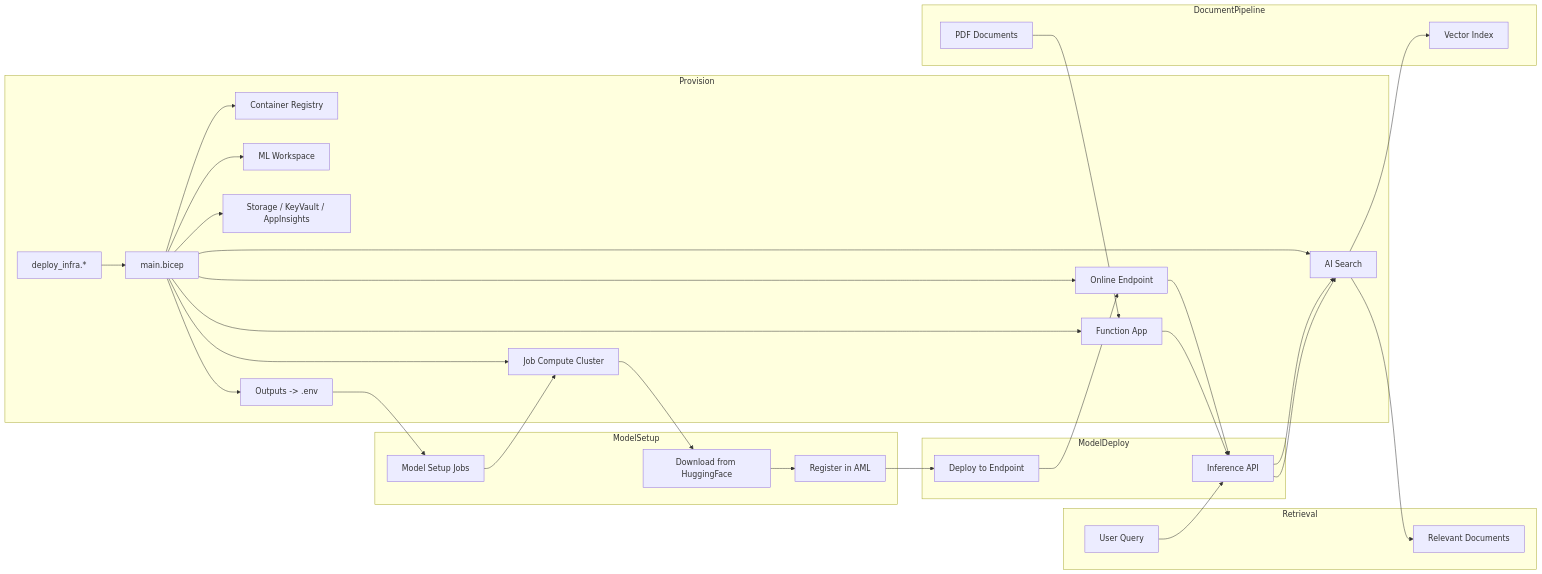
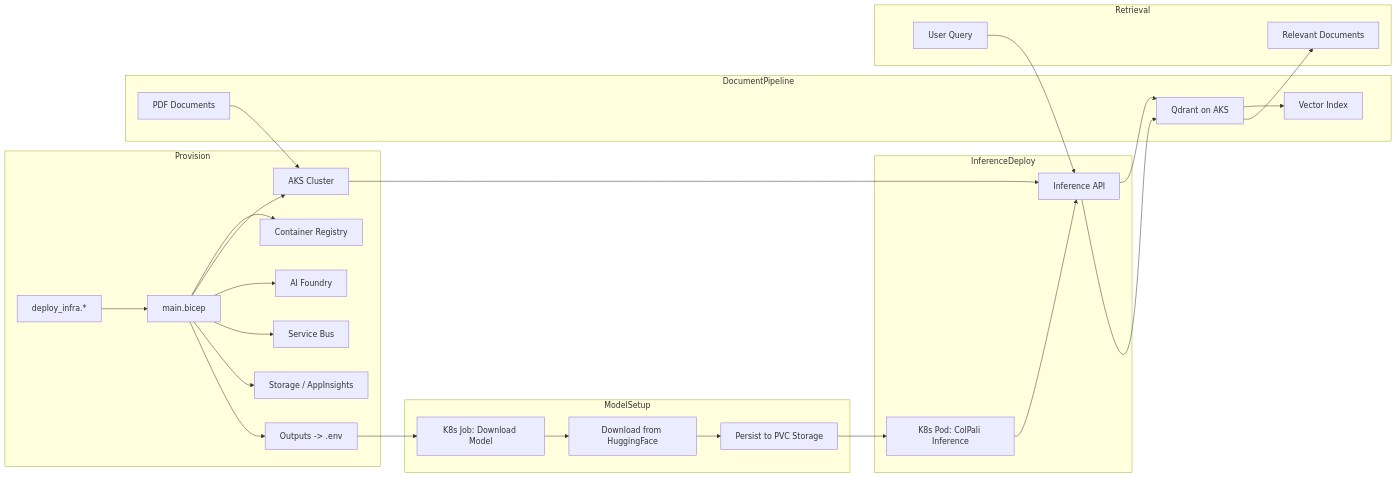
One commit to microsoft/multi-modal-rag-with-colpali changed the diagram in infra/README.md. Above: the diagram before and after it, drawn with Mermaid. The commit also changed other lines of this file and 83 other files, not shown here.

First line of the commit message:
Move hosting of QDRANT and Doc Processor to AKS (#21)

````diff
--- a/infra/README.md
+++ b/infra/README.md
@@ -5,36 +5,32 @@
 ```mermaid
 flowchart LR
 	subgraph Provision
 		A[deploy_infra.*] --> M[main.bicep]
 		M --> ACR[Container Registry]
-		M --> AML[ML Workspace]
-		M --> JOB[Job Compute Cluster]
-		M --> EP[Online Endpoint]
-		M --> FUNC[Function App]
-		M --> SEARCH[AI Search]
-		M --> SUP[Storage / KeyVault / AppInsights]
+		M --> AKS[AKS Cluster]
+		M --> AI[AI Foundry]
+		M --> SB[Service Bus]
+		M --> SUP[Storage / AppInsights]
 		M --> OUT[Outputs -> .env]
 	end
 	subgraph ModelSetup
-		OUT --> SETUP[Model Setup Jobs]
-		SETUP --> JOB
-		JOB --> HF[Download from HuggingFace]
-		HF --> REG[Register in AML]
+		OUT --> K8SJOB[K8s Job: Download Model]
+		K8SJOB --> HF[Download from HuggingFace]
+		HF --> VOL[Persist to PVC Storage]
 	end
-	subgraph ModelDeploy
-		REG --> DEPLOY[Deploy to Endpoint]
-		DEPLOY --> EP
-		EP --> EMB[Inference API]
+	subgraph InferenceDeploy
+		VOL --> K8SPOD[K8s Pod: ColPali Inference]
+		K8SPOD --> EMB[Inference API]
 	end
 	subgraph DocumentPipeline
-		DOC[PDF Documents] --> FUNC
-		FUNC --> EMB
-		EMB --> SEARCH
-		SEARCH --> IDX[Vector Index]
+		DOC[PDF Documents] --> AKS
+		AKS --> EMB
+		EMB --> QDRANT[Qdrant on AKS]
+		QDRANT --> IDX[Vector Index]
 	end
 	subgraph Retrieval
 		QUERY[User Query] --> EMB
-		EMB --> SEARCH
-		SEARCH --> RESULTS[Relevant Documents]
+		EMB --> QDRANT
+		QDRANT --> RESULTS[Relevant Documents]
 	end
 ```
````
